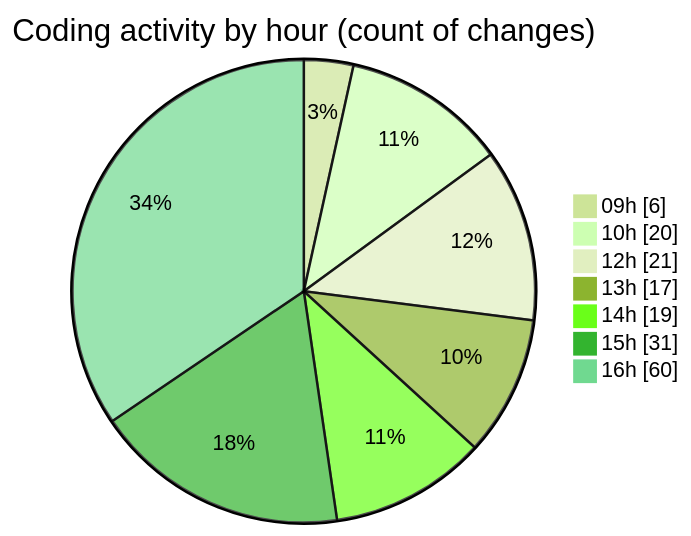
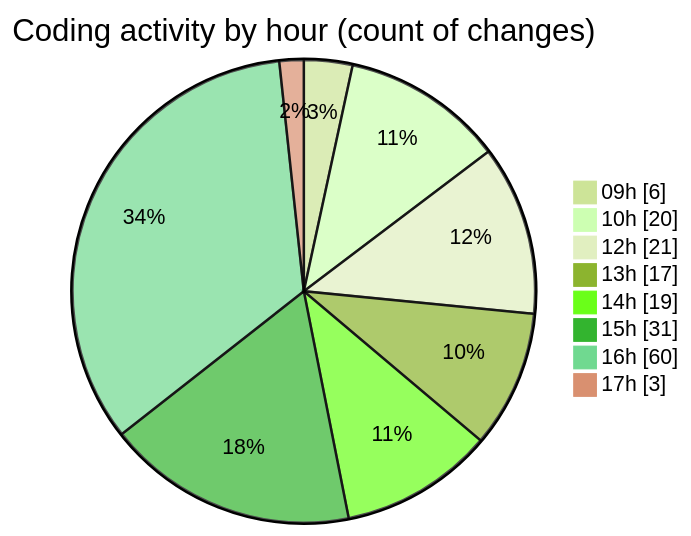
One commit to becaeroporto-bot/code-tracking changed the second of 2 diagrams in 2026-02-18/bot_v1_2/README.md. Above: the diagram before and after it, drawn with Mermaid (forest theme). The commit also changed other lines of this file and 1 other file, not shown here.

````diff
--- a/2026-02-18/bot_v1_2/README.md
+++ b/2026-02-18/bot_v1_2/README.md
@@ -57,11 +57,12 @@
 ```mermaid
 pie showData
 title Coding activity by hour (count of changes)
 "09h" : 6
 "10h" : 20
 "12h" : 21
 "13h" : 17
 "14h" : 19
 "15h" : 31
 "16h" : 60
+"17h" : 3
 ```
````
